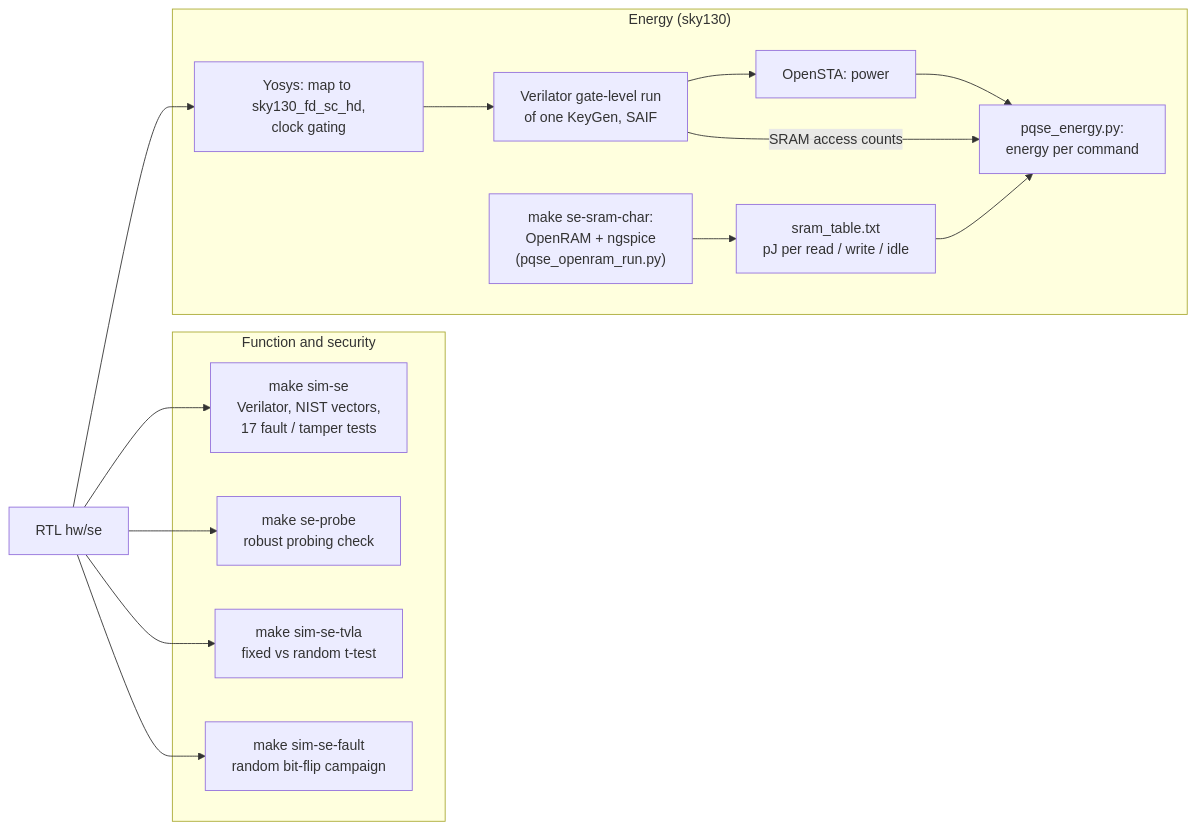
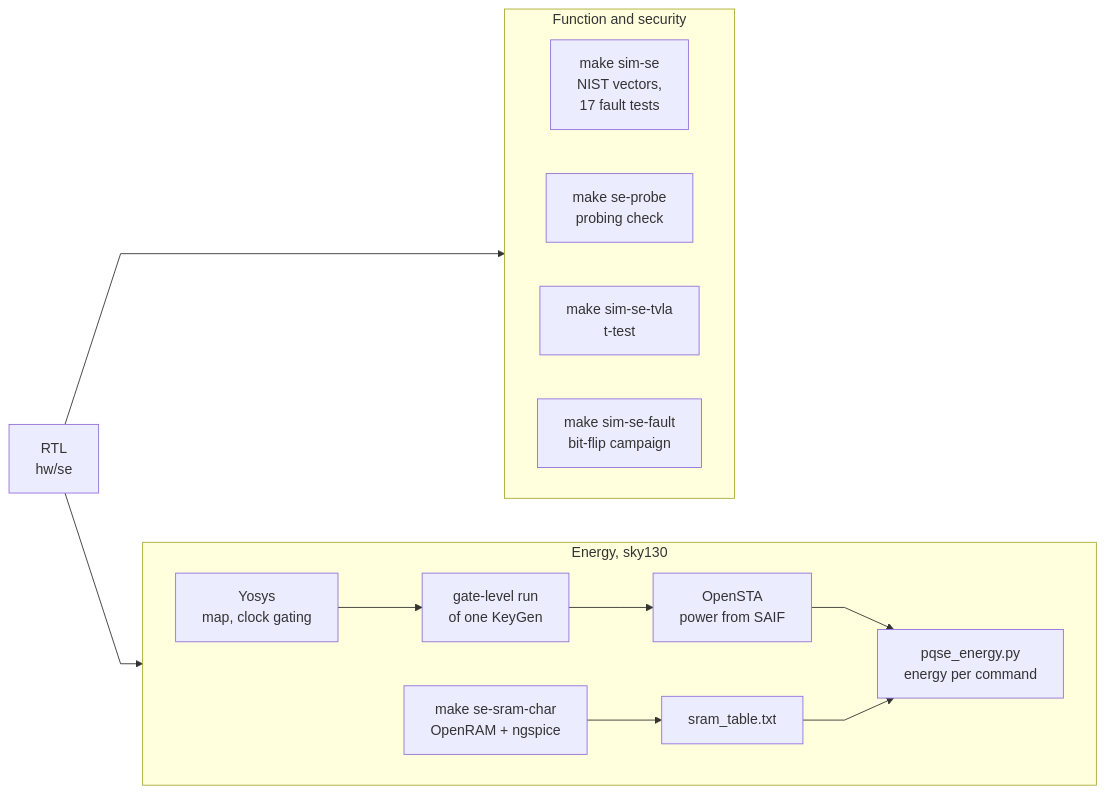
Before and after one commit to DH1252/mlkem_hls: diagram 12 of 12 in docs/PQSE_diagrams.md, drawn with Mermaid. The commit also changed other lines of this file, not shown here.

First line of the commit message:
docs: restructure the diagrams, straight edges, plainer text

````diff
--- a/docs/PQSE_diagrams.md
+++ b/docs/PQSE_diagrams.md
@@ -365,25 +401,19 @@
 ```mermaid
+%%{init: {"flowchart": {"curve": "linear"}}}%%
 flowchart LR
-    rtl["RTL hw/se"]
-    subgraph func["Function and security"]
-        sim["make sim-se<br/>Verilator, NIST vectors,<br/>17 fault / tamper tests"]
-        probe["make se-probe<br/>robust probing check"]
-        tvla["make sim-se-tvla<br/>fixed vs random t-test"]
-        fc["make sim-se-fault<br/>random bit-flip campaign"]
+    rtl["RTL<br/>hw/se"]
+    subgraph V["Function and security"]
+        direction LR
+        sim["make sim-se<br/>NIST vectors,<br/>17 fault tests"]
+        probe["make se-probe<br/>probing check"]
+        tvla["make sim-se-tvla<br/>t-test"]
+        fc["make sim-se-fault<br/>bit-flip campaign"]
     end
-    subgraph energy["Energy (sky130)"]
-        ys["Yosys: map to sky130_fd_sc_hd,<br/>clock gating"]
-        gl["Verilator gate-level run<br/>of one KeyGen, SAIF"]
-        sta["OpenSTA: power"]
-        rep["pqse_energy.py:<br/>energy per command"]
-        or["make se-sram-char:<br/>OpenRAM + ngspice<br/>(pqse_openram_run.py)"]
-        tab["sram_table.txt<br/>pJ per read / write / idle"]
+    subgraph E["Energy, sky130"]
+        direction LR
+        ys["Yosys<br/>map, clock gating"] --> gl["gate-level run<br/>of one KeyGen"] --> sta["OpenSTA<br/>power from SAIF"] --> rep["pqse_energy.py<br/>energy per command"]
+        orr["make se-sram-char<br/>OpenRAM + ngspice"] --> tab["sram_table.txt"] --> rep
     end
-    rtl --> sim
-    rtl --> probe
-    rtl --> tvla
-    rtl --> fc
-    rtl --> ys --> gl --> sta --> rep
-    gl -->|"SRAM access counts"| rep
-    or --> tab --> rep
+    rtl --> V
+    rtl --> ys
 ```
````
